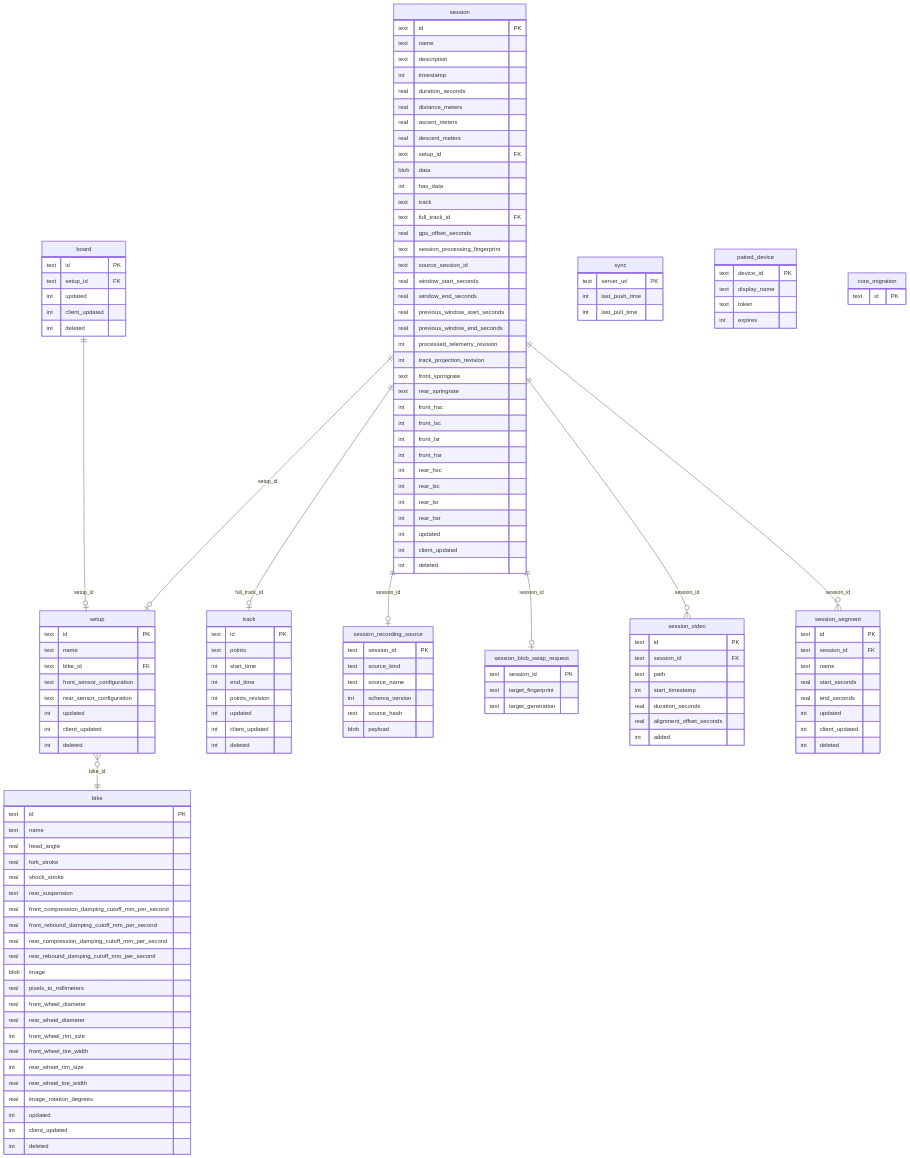
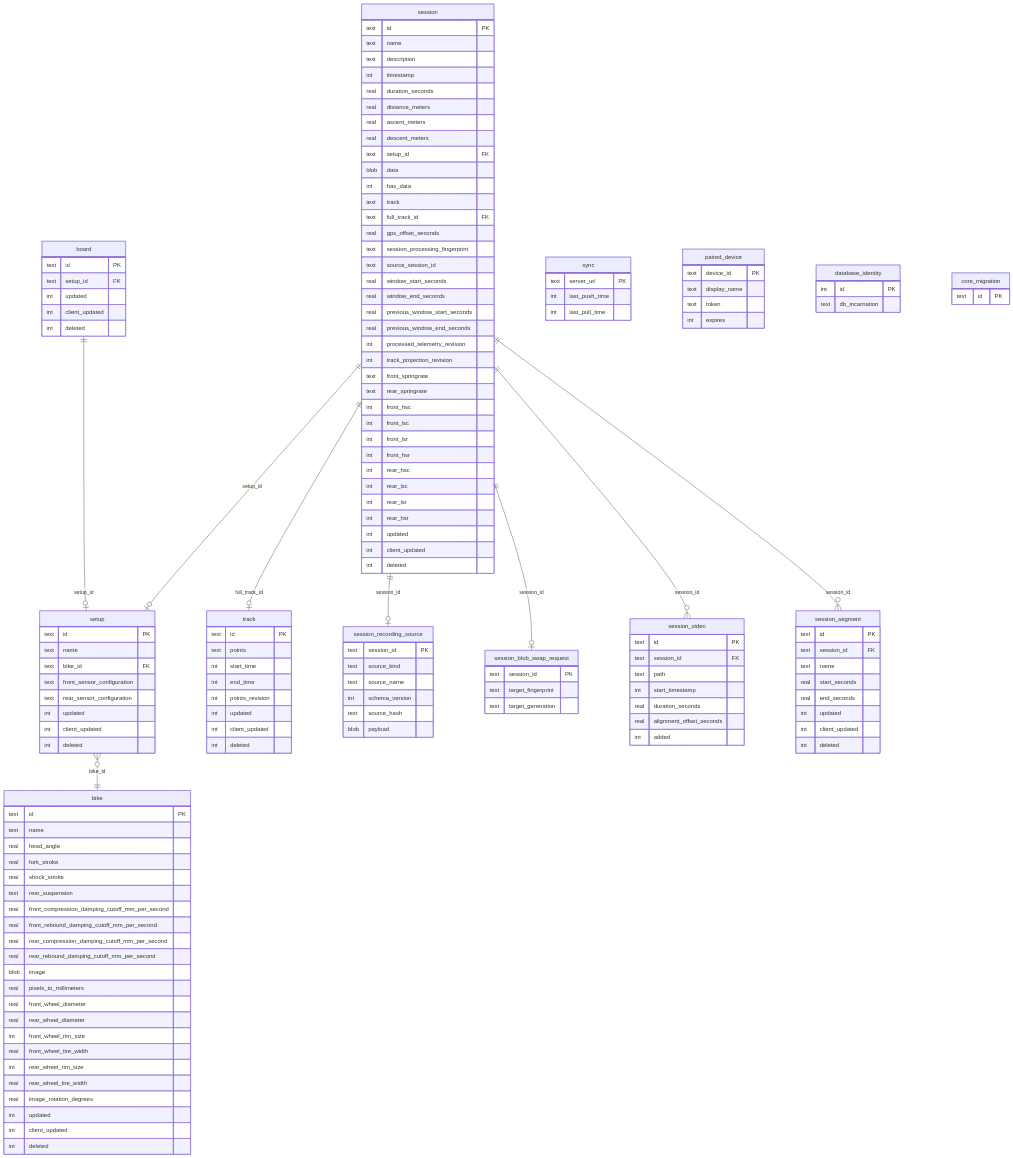
The diagram in docs/architecture/persistence.md (MoridinBG/Sufni.app), drawn with Mermaid before and after one commit. The commit also changed other lines of this file and 8 other files, not shown here.

```diff
--- a/docs/architecture/persistence.md
+++ b/docs/architecture/persistence.md
@@ -157,6 +157,11 @@
         int expires
     }
 
+    database_identity {
+        int id PK
+        text db_incarnation
+    }
+
     core_migration {
         text id PK
     }
```
